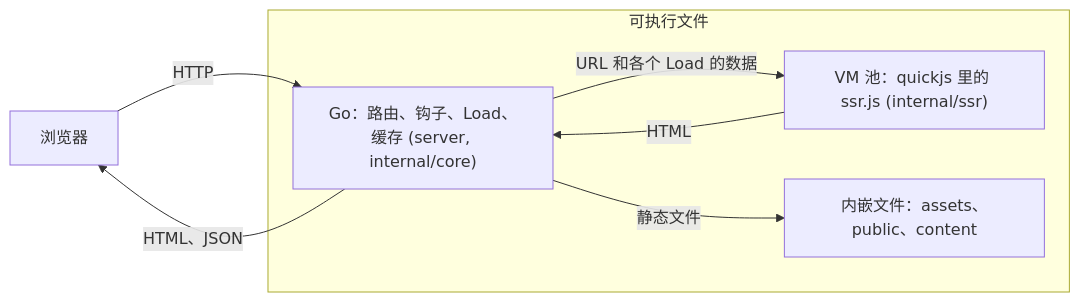
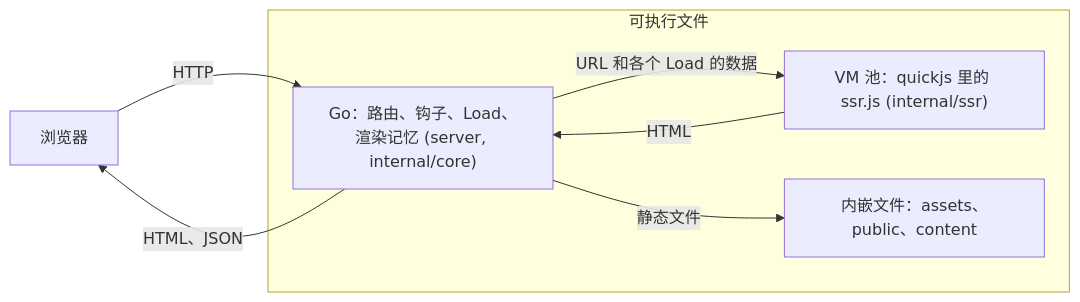
The first of 8 diagrams in docs/architecture.zh-CN.md (liustack/tifa), drawn with Mermaid before and after one commit. The commit also changed other lines of this file and 41 other files, not shown here.

````diff
--- a/docs/architecture.zh-CN.md
+++ b/docs/architecture.zh-CN.md
@@ -21,14 +21,14 @@
 ```mermaid
 flowchart LR
   B["浏览器"]
   subgraph P["可执行文件"]
-    G["Go：路由、钩子、Load、缓存 (server, internal/core)"]
+    G["Go：路由、钩子、Load、渲染记忆 (server, internal/core)"]
     V["VM 池：quickjs 里的 ssr.js (internal/ssr)"]
     S["内嵌文件：assets、public、content"]
   end
   B -- "HTTP" --> G
   G -- "URL 和各个 Load 的数据" --> V
   V -- "HTML" --> G
   G -- "静态文件" --> S
   G -- "HTML、JSON" --> B
 ```
````
